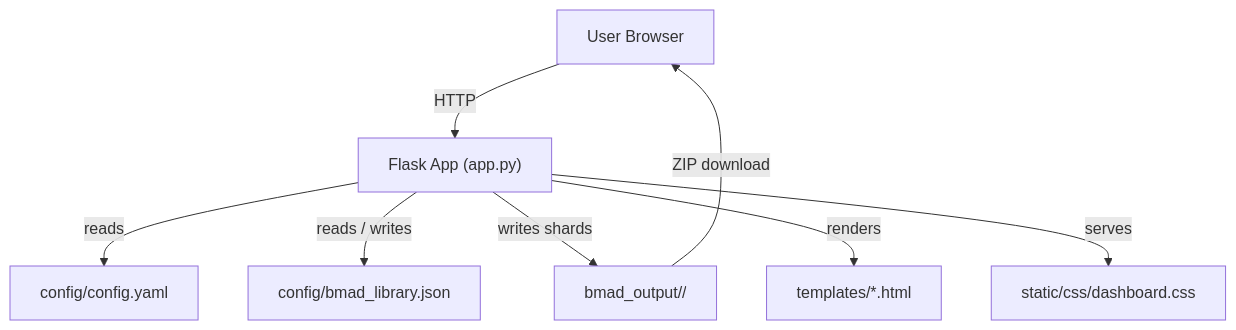
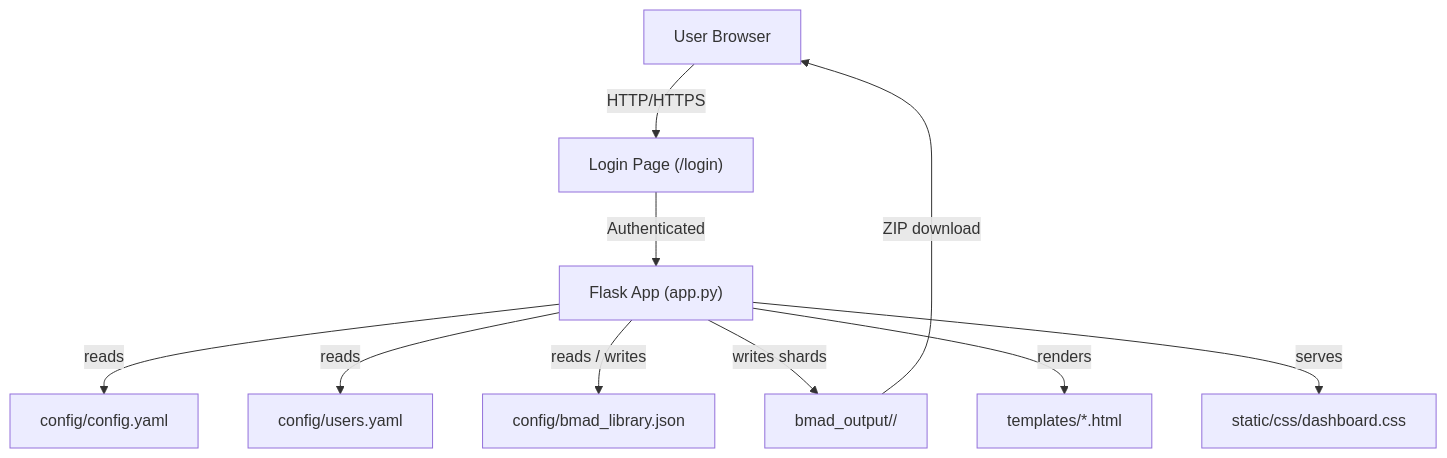
The first of 4 diagrams in docs/architecture.md (DXCSithlordPadawan/BMAD6), drawn with Mermaid before and after one commit. The commit also changed other lines of this file and 8 other files, not shown here.

````diff
--- a/docs/architecture.md
+++ b/docs/architecture.md
@@ -11,10 +11,12 @@
 ```mermaid
 flowchart TD
-    Browser["User Browser"] -->|HTTP| Flask["Flask App (app.py)"]
+    Browser["User Browser"] -->|HTTP/HTTPS| Login["Login Page (/login)"]
+    Login -->|Authenticated| Flask["Flask App (app.py)"]
     Flask -->|reads| Config["config/config.yaml"]
+    Flask -->|reads| Users["config/users.yaml"]
     Flask -->|reads / writes| Library["config/bmad_library.json"]
     Flask -->|writes shards| Output["bmad_output/<agent_name>/"]
     Flask -->|renders| Templates["templates/*.html"]
     Flask -->|serves| Static["static/css/dashboard.css"]
     Output -->|ZIP download| Browser
 ```
````
